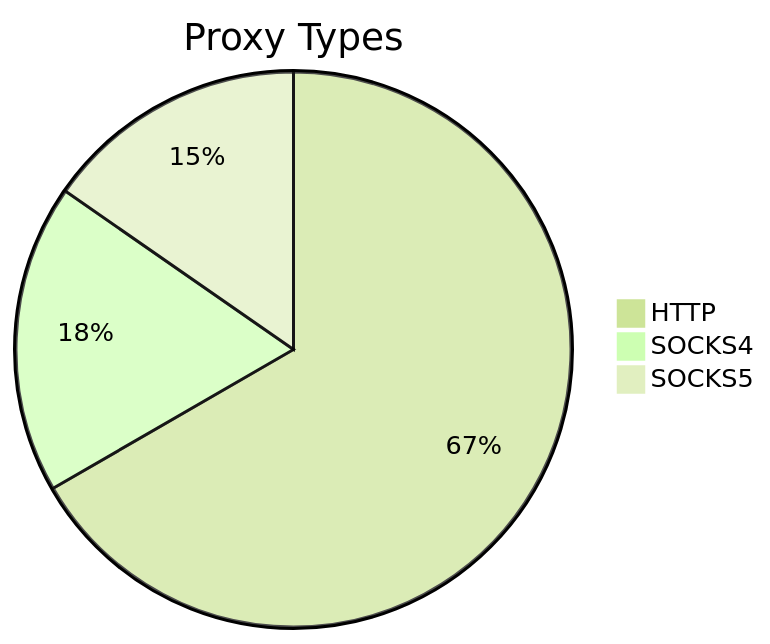
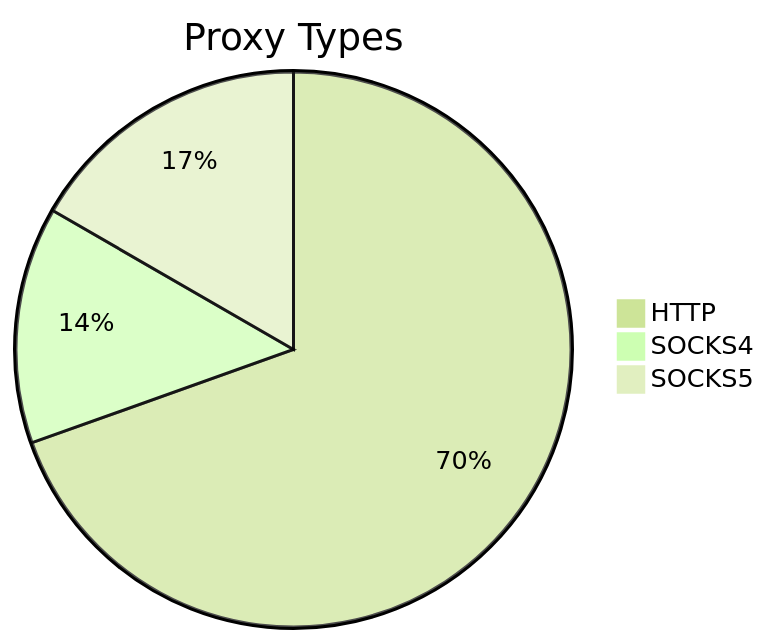
One commit to stormsia/proxy-list changed the first of 2 diagrams in README.md. Above: the diagram before and after it, drawn with Mermaid (forest theme). The commit also changed other lines of this file, not shown here.

````diff
--- a/README.md
+++ b/README.md
@@ -21,6 +21,6 @@
 ```mermaid
 pie title Proxy Types
-    "HTTP" : 426
-    "SOCKS4" : 115
-    "SOCKS5" : 98
+    "HTTP" : 217
+    "SOCKS4" : 43
+    "SOCKS5" : 52
 ```
````
